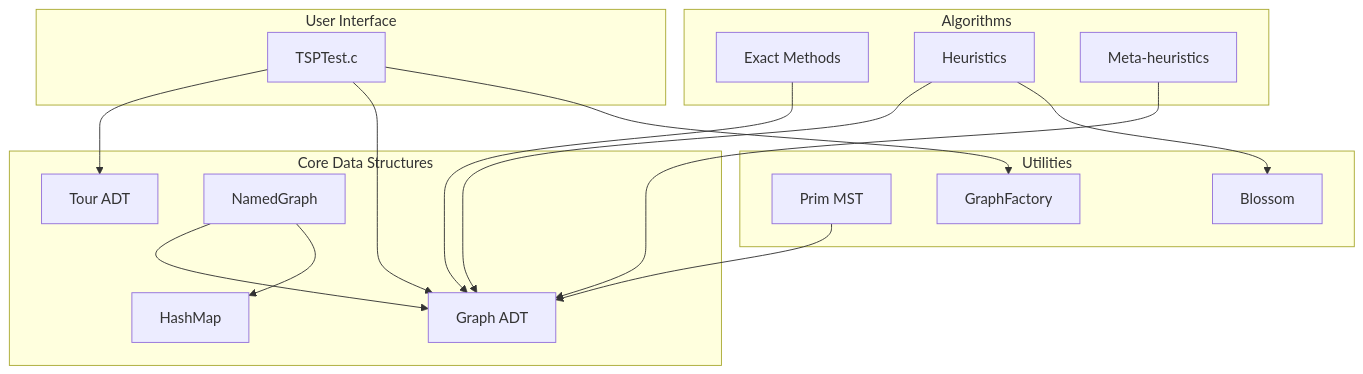
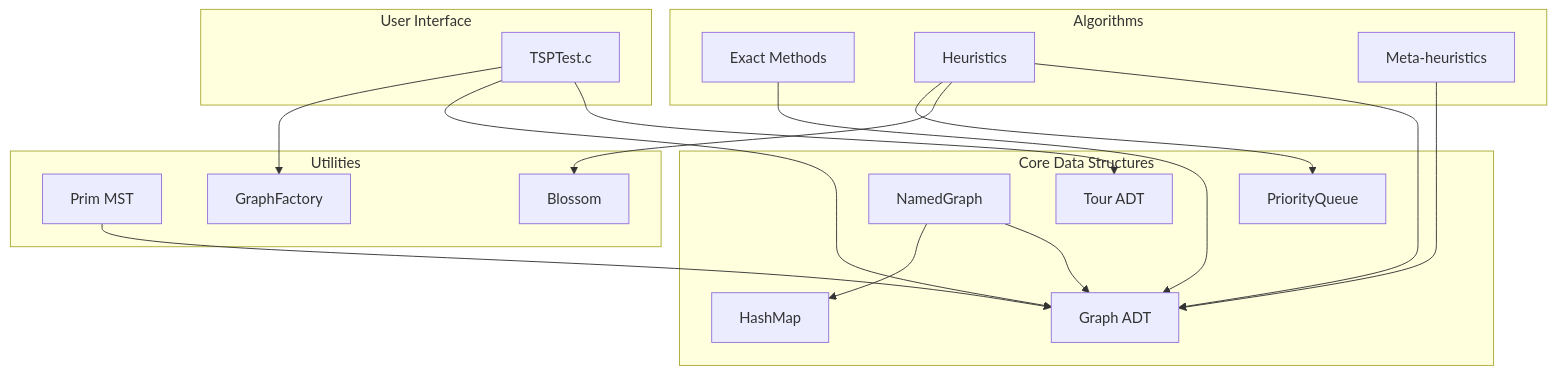
The first of 3 diagrams in docs/ARCHITECTURE.md (nelsonramosua/TSP), drawn with Mermaid before and after one commit. The commit also changed other lines of this file and 29 other files, not shown here.

Commit message:
add make codeql, bump all CI actions to latest, refresh docs & diagrams

````diff
--- a/docs/ARCHITECTURE.md
+++ b/docs/ARCHITECTURE.md
@@ -4,39 +4,41 @@
 ```mermaid
 graph TB
     subgraph "User Interface"
         A[TSPTest.c]
     end
     
     subgraph "Core Data Structures"
         B[Tour ADT]
         C[Graph ADT]
         D[NamedGraph]
         E[HashMap]
+        L[PriorityQueue]
     end
     
     subgraph "Algorithms"
         F[Exact Methods]
         G[Heuristics]
         H[Meta-heuristics]
     end
     
     subgraph "Utilities"
         I[Prim MST]
         J[Blossom]
         K[GraphFactory]
     end
     
     A --> B
     A --> C
     A --> K
     
     D --> C
     D --> E
     
     F --> C
     G --> C
     H --> C
     
     G --> J
+    G --> L
     I --> C
 ```
````
